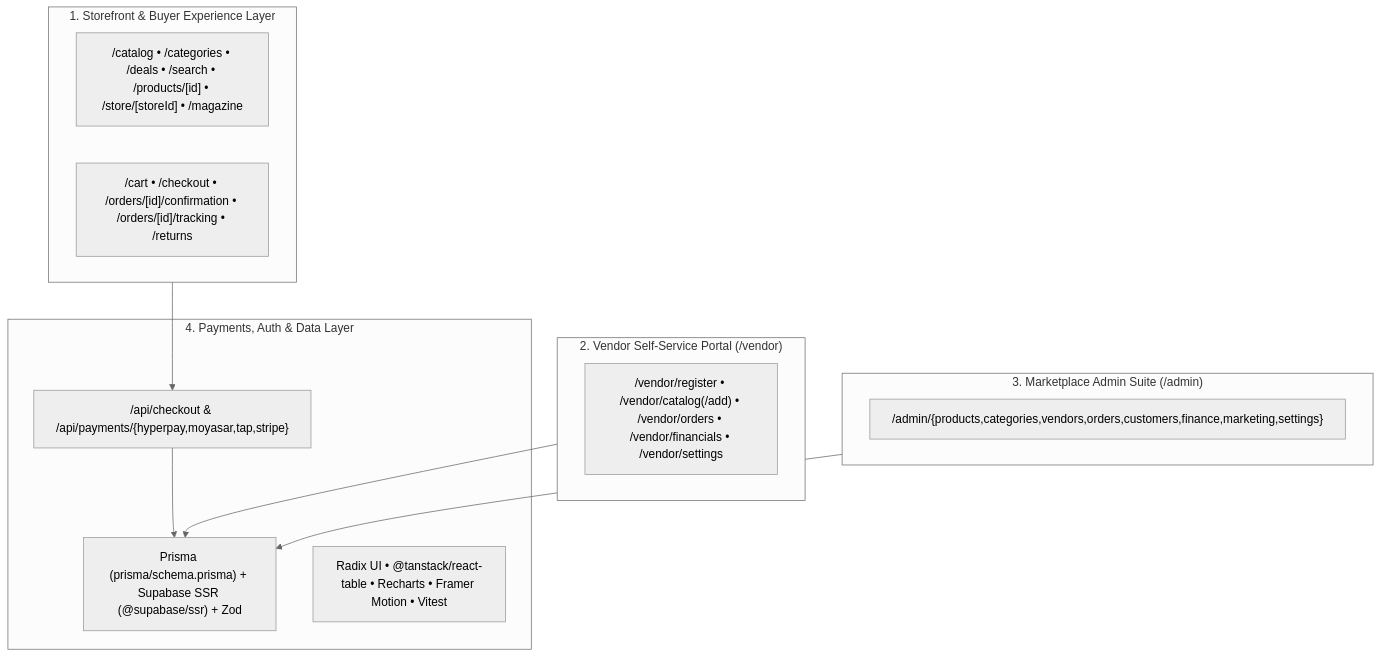
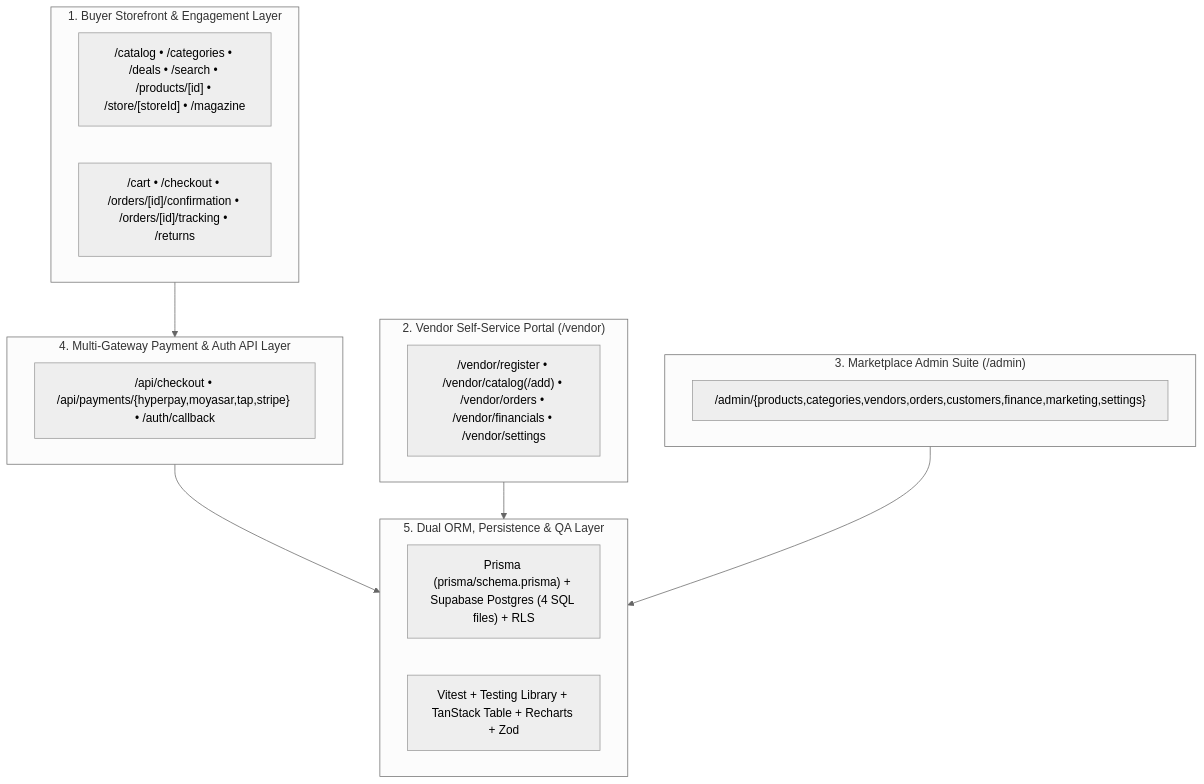
The first of 2 diagrams in README.md (islamsamyy/shamalelhejaz), drawn with Mermaid (neutral theme) before and after one commit. The commit also changed other lines of this file, not shown here.

Commit message:
docs: add ultra-detailed architecture, schemas, visual showcase, APIs, and business ROI

````diff
--- a/README.md
+++ b/README.md
@@ -14,25 +35,28 @@
 ```mermaid
 flowchart TB
-    subgraph L1["1. Storefront & Buyer Experience Layer"]
+    subgraph L1["1. Buyer Storefront & Engagement Layer"]
         Shop["/catalog • /categories • /deals • /search • /products/[id] • /store/[storeId] • /magazine"]
-        Cart["/cart • /checkout • /orders/[id]/confirmation • /orders/[id]/tracking • /returns"]
+        OrderUI["/cart • /checkout • /orders/[id]/confirmation • /orders/[id]/tracking • /returns"]
     end
 
     subgraph L2["2. Vendor Self-Service Portal (/vendor)"]
         Vendor["/vendor/register • /vendor/catalog(/add) • /vendor/orders • /vendor/financials • /vendor/settings"]
     end
 
     subgraph L3["3. Marketplace Admin Suite (/admin)"]
         Admin["/admin/{products,categories,vendors,orders,customers,finance,marketing,settings}"]
     end
 
-    subgraph L4["4. Payments, Auth & Data Layer"]
-        Pay["/api/checkout & /api/payments/{hyperpay,moyasar,tap,stripe}"]
-        Data["Prisma (prisma/schema.prisma) + Supabase SSR (@supabase/ssr) + Zod"]
-        UI["Radix UI • @tanstack/react-table • Recharts • Framer Motion • Vitest"]
+    subgraph L4["4. Multi-Gateway Payment & Auth API Layer"]
+        Pay["/api/checkout • /api/payments/{hyperpay,moyasar,tap,stripe} • /auth/callback"]
     end
 
-    L1 --> Pay --> Data
-    L2 --> Data
-    L3 --> Data
+    subgraph L5["5. Dual ORM, Persistence & QA Layer"]
+        DB["Prisma (prisma/schema.prisma) + Supabase Postgres (4 SQL files) + RLS"]
+        QA["Vitest + Testing Library + TanStack Table + Recharts + Zod"]
+    end
+
+    L1 --> L4 --> L5
+    L2 --> L5
+    L3 --> L5
 ```
````
